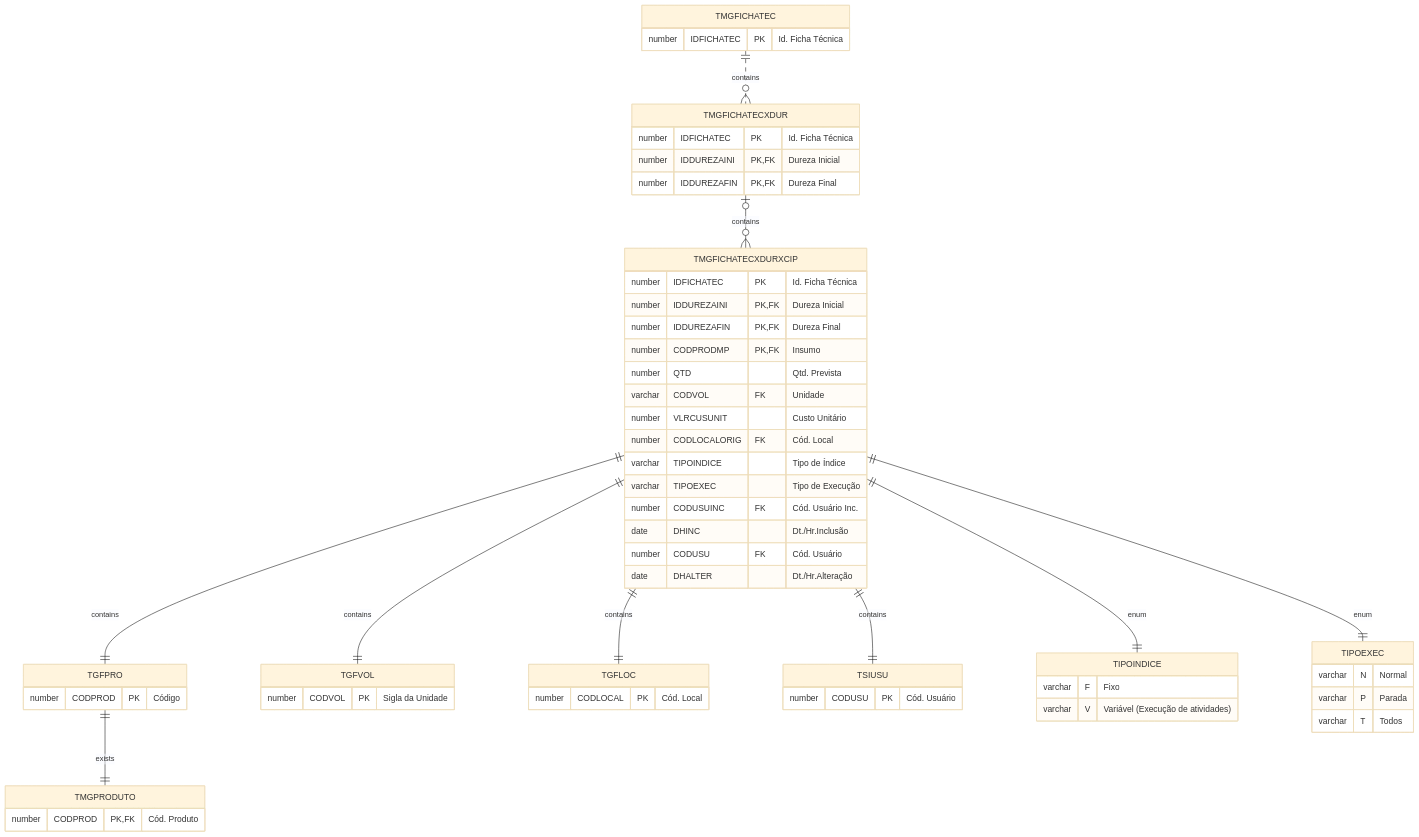
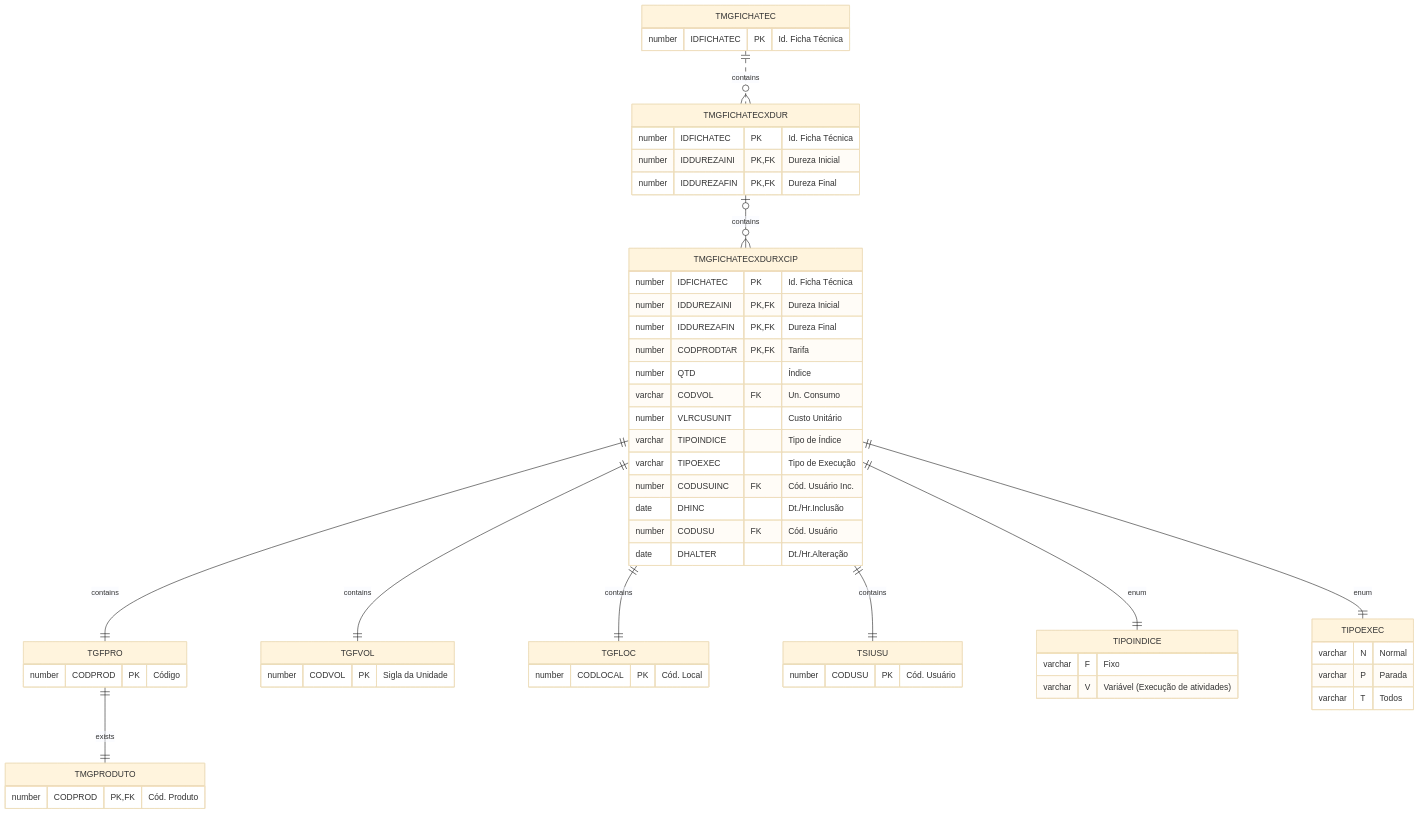
Before and after one commit to cbmsoft/margrandocs: the diagram in docs/_database/TMGFICHATECXDURXCIP.md, drawn with Mermaid (base theme).

Commit message:
docs: tarifas por dureza na ficha tecnica

````diff
--- a/docs/_database/TMGFICHATECXDURXCIP.md
+++ b/docs/_database/TMGFICHATECXDURXCIP.md
@@ -36,61 +36,60 @@
 ```mermaid
 erDiagram
     TMGFICHATEC ||..o{ TMGFICHATECXDUR : contains
     TMGFICHATECXDUR |o--o{ TMGFICHATECXDURXCIP : contains
     TMGFICHATECXDURXCIP ||--|| TGFPRO : contains
     TGFPRO ||--|| TMGPRODUTO : exists
     TMGFICHATECXDURXCIP ||--|| TGFVOL : contains
     TMGFICHATECXDURXCIP ||--|| TGFLOC : contains
     TMGFICHATECXDURXCIP ||--|| TSIUSU : contains
     TMGFICHATECXDURXCIP ||--|| TIPOINDICE : enum
     TMGFICHATECXDURXCIP ||--|| TIPOEXEC : enum
 
 	TMGFICHATEC {
 		number IDFICHATEC PK "Id. Ficha Técnica"
 	}
 	TMGFICHATECXDUR {
 		number IDFICHATEC PK "Id. Ficha Técnica"
         number IDDUREZAINI PK,FK "Dureza Inicial"
         number IDDUREZAFIN PK,FK "Dureza Final"
 	}
 	TMGFICHATECXDURXCIP {
 		number IDFICHATEC PK "Id. Ficha Técnica"
         number IDDUREZAINI PK,FK "Dureza Inicial"
         number IDDUREZAFIN PK,FK "Dureza Final"
-        number CODPRODMP PK, FK "Insumo"
-        number QTD "Qtd. Prevista"
-        varchar CODVOL FK "Unidade"
+        number CODPRODTAR PK, FK "Tarifa"
+        number QTD "Índice"
+        varchar CODVOL FK "Un. Consumo"
         number VLRCUSUNIT "Custo Unitário"
-        number CODLOCALORIG FK "Cód. Local"
         varchar TIPOINDICE "Tipo de Índice"
         varchar TIPOEXEC "Tipo de Execução"
         number CODUSUINC FK "Cód. Usuário Inc."
         date DHINC "Dt./Hr.Inclusão"
         number CODUSU FK "Cód. Usuário"
         date DHALTER "Dt./Hr.Alteração"
 	}
     TGFPRO {
         number CODPROD PK "Código"
     }
     TMGPRODUTO {
         number CODPROD PK,FK "Cód. Produto"
     }
     TGFVOL {
         number CODVOL PK "Sigla da Unidade"
     }
     TGFLOC {
         number CODLOCAL PK "Cód. Local"
     }
     TSIUSU {
         number CODUSU PK "Cód. Usuário"
     }
     TIPOINDICE {
         varchar F "Fixo"
         varchar V "Variável (Execução de atividades)"
     }
     TIPOEXEC {
         varchar N "Normal"
         varchar P "Parada"
         varchar T "Todos"
     }
 ```
````
